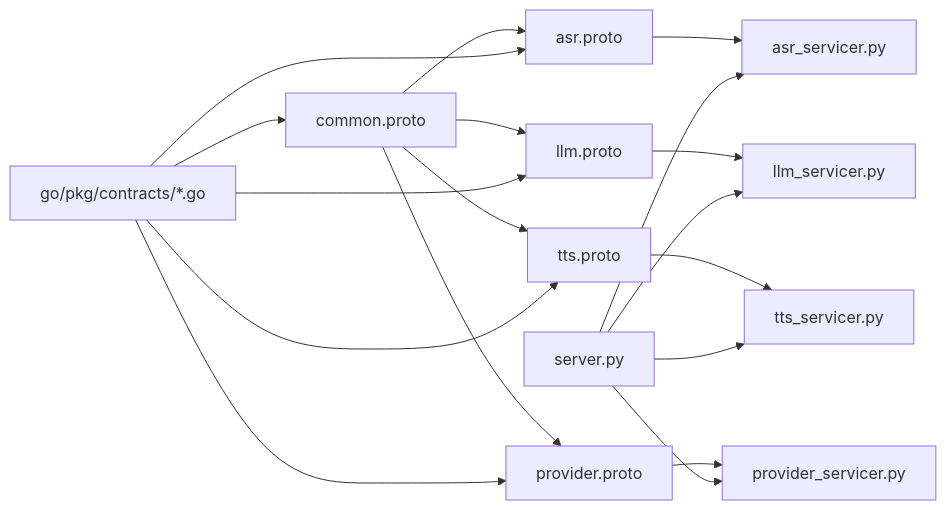
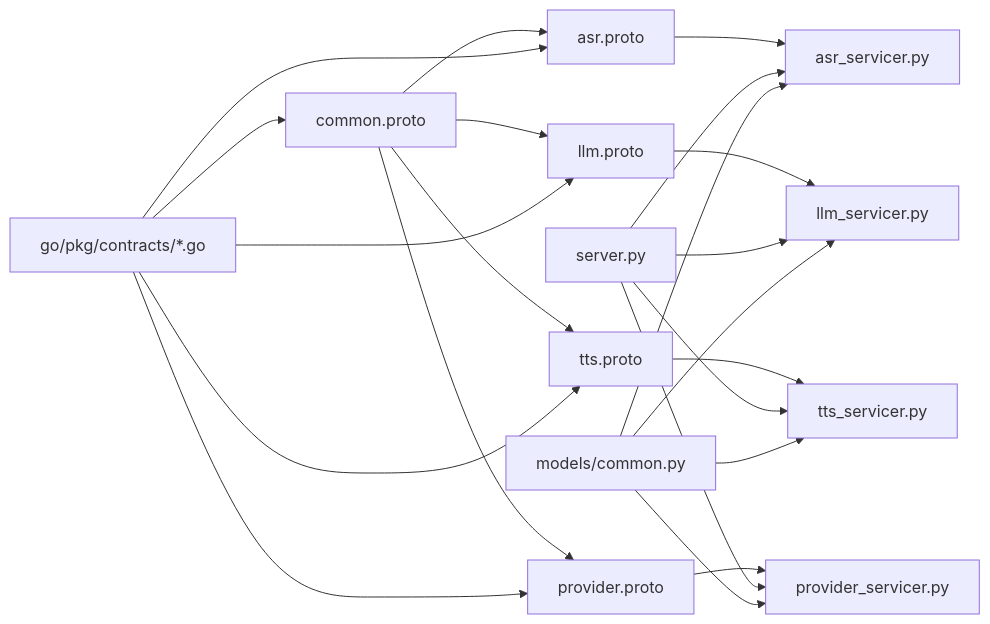
One commit to vashkelis/call-server changed the tenth of 10 diagrams in .qoder/repowiki/en/content/Protocol Buffers & Contracts.md. Above: the diagram before and after it, drawn with Mermaid. The commit also changed other lines of this file and 16 other files, not shown here.

````diff
--- a/.qoder/repowiki/en/content/Protocol Buffers & Contracts.md
+++ b/.qoder/repowiki/en/content/Protocol Buffers & Contracts.md
@@ -367,20 +494,24 @@
 ```mermaid
 graph LR
 Common["common.proto"] --> ASR["asr.proto"]
 Common --> LLM["llm.proto"]
 Common --> TTS["tts.proto"]
 Common --> Prov["provider.proto"]
 ASR --> PyASR["asr_servicer.py"]
 LLM --> PyLLM["llm_servicer.py"]
 TTS --> PyTTS["tts_servicer.py"]
 Prov --> PyProv["provider_servicer.py"]
 PySrv["server.py"] --> PyASR
 PySrv --> PyLLM
 PySrv --> PyTTS
 PySrv --> PyProv
+PyCommon["models/common.py"] --> PyASR
+PyCommon --> PyLLM
+PyCommon --> PyTTS
+PyCommon --> PyProv
 GoMirror["go/pkg/contracts/*.go"] --> Common
 GoMirror --> ASR
 GoMirror --> LLM
 GoMirror --> TTS
 GoMirror --> Prov
 ```
````
